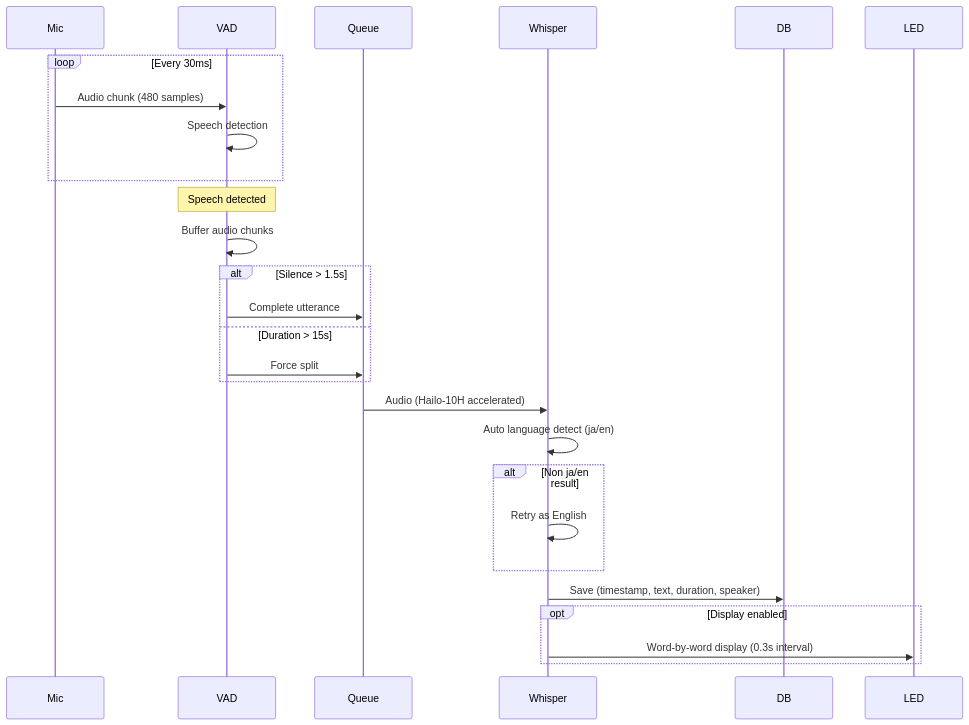
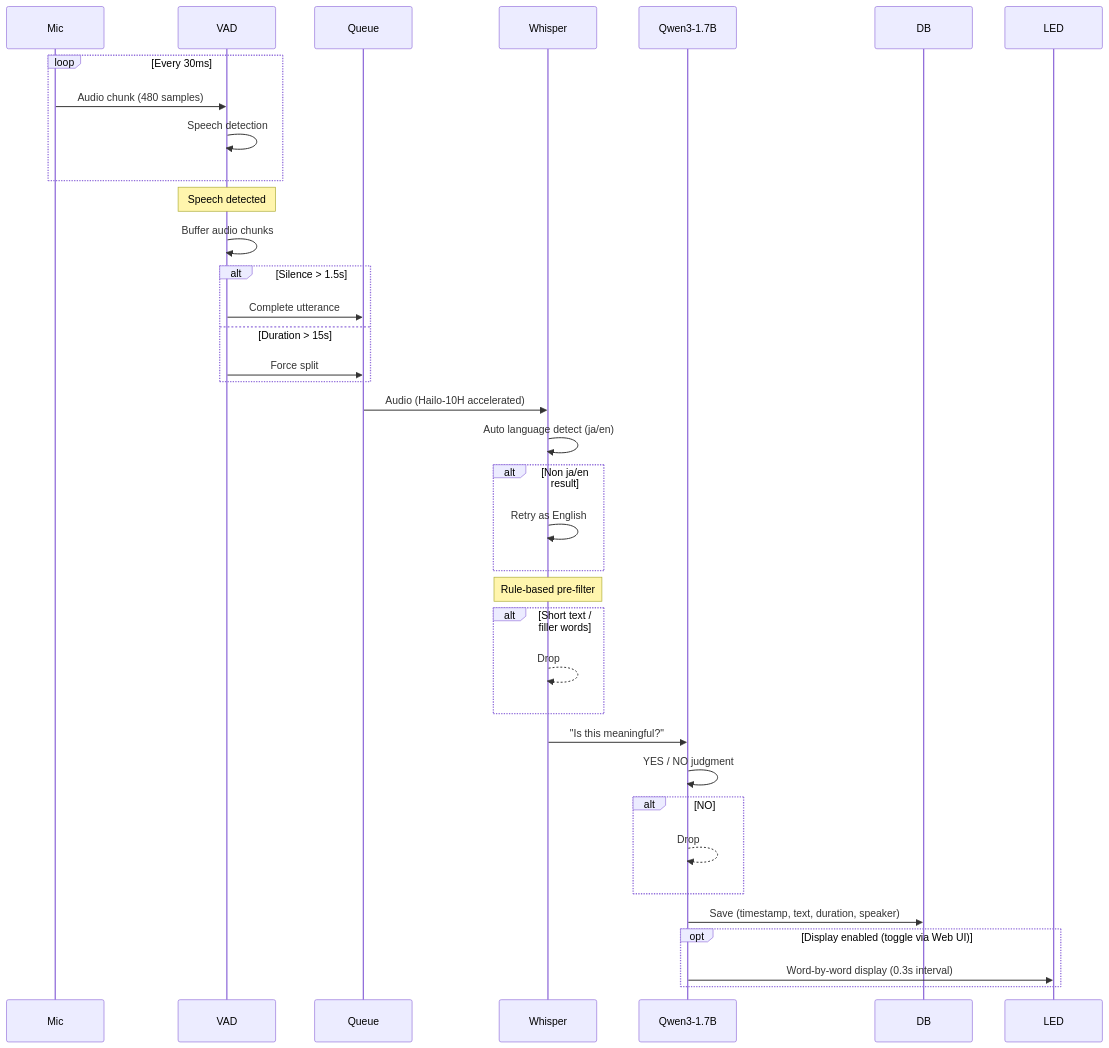
One commit to kotamorishi/pi-news-researcher changed the second of 2 diagrams in README.md. Above: the diagram before and after it, drawn with Mermaid. The commit also changed other lines of this file, not shown here.

Commit message:
Update README: add LLM filter, shared VDevice, content filtering docs

````diff
--- a/README.md
+++ b/README.md
@@ -35,36 +47,49 @@
 ```mermaid
 sequenceDiagram
     participant Mic
     participant VAD
     participant Queue
     participant Whisper
+    participant LLM as Qwen3-1.7B
     participant DB
     participant LED
 
     loop Every 30ms
         Mic->>VAD: Audio chunk (480 samples)
         VAD->>VAD: Speech detection
     end
 
     Note over VAD: Speech detected
     VAD->>VAD: Buffer audio chunks
 
     alt Silence > 1.5s
         VAD->>Queue: Complete utterance
     else Duration > 15s
         VAD->>Queue: Force split
     end
 
     Queue->>Whisper: Audio (Hailo-10H accelerated)
     Whisper->>Whisper: Auto language detect (ja/en)
 
     alt Non ja/en result
         Whisper->>Whisper: Retry as English
     end
 
-    Whisper->>DB: Save (timestamp, text, duration, speaker)
+    Note over Whisper: Rule-based pre-filter
+    alt Short text / filler words
+        Whisper-->>Whisper: Drop
+    end
 
-    opt Display enabled
-        Whisper->>LED: Word-by-word display (0.3s interval)
+    Whisper->>LLM: "Is this meaningful?"
+    LLM->>LLM: YES / NO judgment
+
+    alt NO
+        LLM-->>LLM: Drop
+    end
+
+    LLM->>DB: Save (timestamp, text, duration, speaker)
+
+    opt Display enabled (toggle via Web UI)
+        LLM->>LED: Word-by-word display (0.3s interval)
     end
 ```
````
